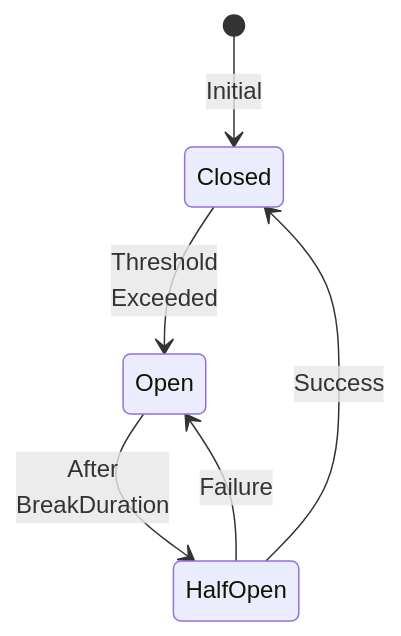
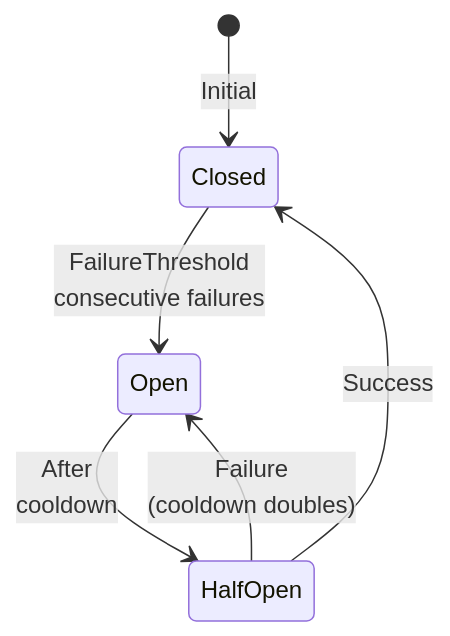
One commit to whizbang-lib/whizbang-lib.github.io changed the diagram in src/assets/docs/v1.0.0/operations/infrastructure/policy-engine.md. Above: the diagram before and after it, drawn with Mermaid. The commit also changed other lines of this file and 38 other files, not shown here.

````diff
--- a/src/assets/docs/v1.0.0/operations/infrastructure/policy-engine.md
+++ b/src/assets/docs/v1.0.0/operations/infrastructure/policy-engine.md
@@ -181,8 +98,8 @@
 ```mermaid
 stateDiagram-v2
     [*] --> Closed: Initial
-    Closed --> Open: Threshold<br/>Exceeded
-    Open --> HalfOpen: After<br/>BreakDuration
+    Closed --> Open: FailureThreshold<br/>consecutive failures
+    Open --> HalfOpen: After<br/>cooldown
     HalfOpen --> Closed: Success
-    HalfOpen --> Open: Failure
+    HalfOpen --> Open: Failure<br/>(cooldown doubles)
 ```
````
